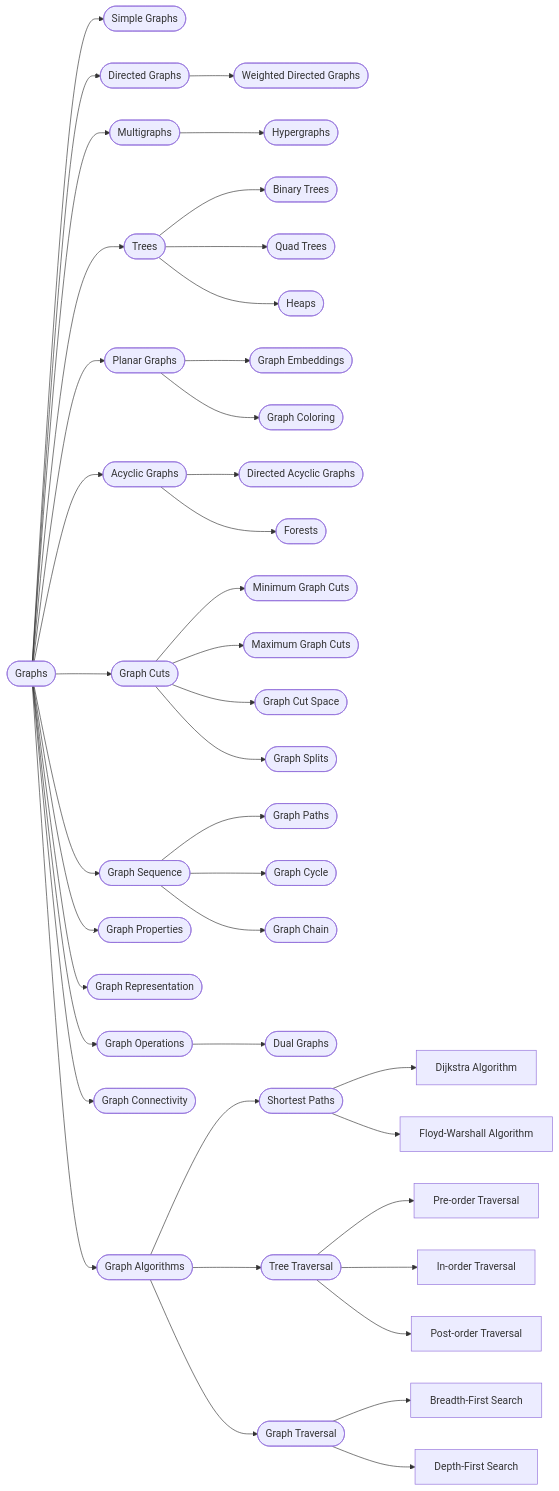
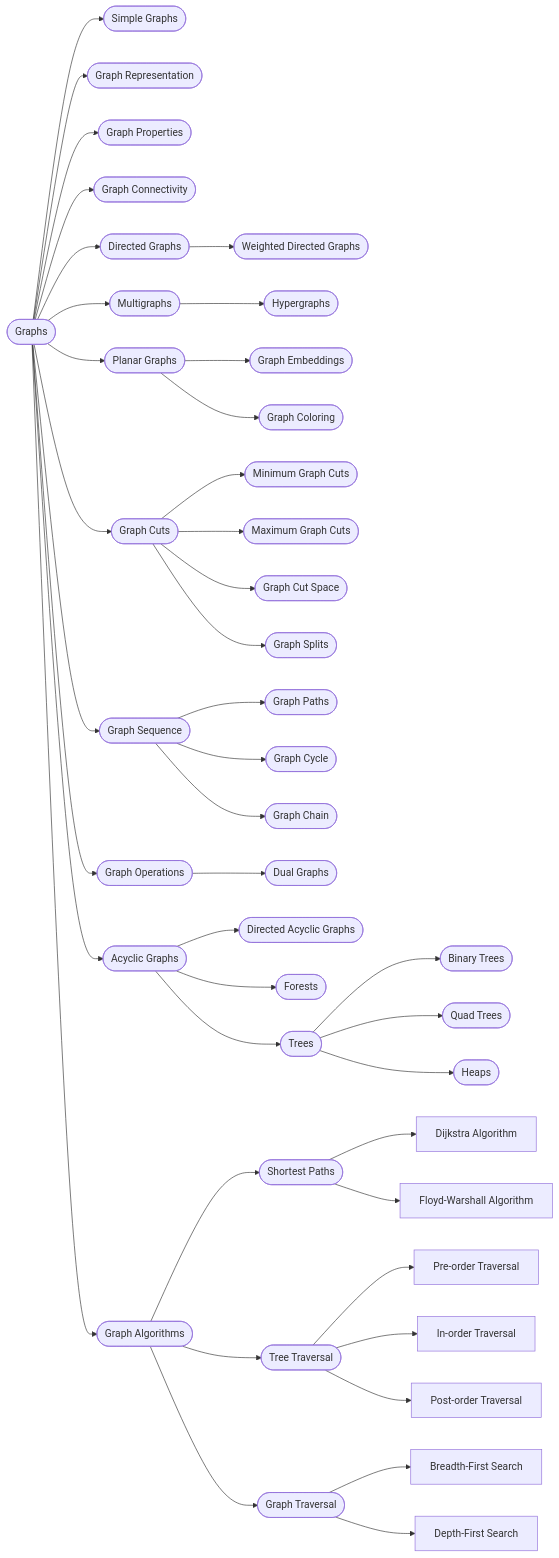
One commit to qaip/gt changed the first of 2 diagrams in README.md. Above: the diagram before and after it, drawn with Mermaid.

Commit message:
Update hierarchy

````diff
--- a/README.md
+++ b/README.md
@@ -3,56 +3,58 @@
 ```mermaid
 graph LR;
   Graphs([Graphs])
   Graphs --> Simple_Graphs([Simple Graphs])
+  Graphs --> Graph_Representation([Graph Representation])
+  Graphs --> Graph_Properties([Graph Properties])
+  Graphs --> Graph_Connectivity([Graph Connectivity])
+  
+  
   Graphs --> Directed_Graphs([Directed Graphs])
-  Graphs --> Multigraphs([Multigraphs])
-  Graphs --> Trees([Trees])
-  Graphs --> Planar_Graphs([Planar Graphs])
-  Graphs --> Acyclic_Graphs([Acyclic Graphs])
-  Graphs --> Graph_Cuts([Graph Cuts])
-  Graphs --> Graph_Sequence([Graph Sequence])
-  Graphs --> Graph_Properties([Graph Properties])
-  Graphs --> Graph_Representation([Graph Representation])
-  Graphs --> Graph_Operations([Graph Operations])
-  Graphs --> Graph_Connectivity([Graph Connectivity])
-  Graphs --> Graph_Algorithms([Graph Algorithms])
-
   Directed_Graphs --> Weighted_Directed_Graphs([Weighted Directed Graphs])
 
+  Graphs --> Multigraphs([Multigraphs])
   Multigraphs --> Hypergraphs([Hypergraphs])
 
+
+  Graphs --> Planar_Graphs([Planar Graphs])
+  Planar_Graphs --> Graph_Embeddings([Graph Embeddings])
+  Planar_Graphs --> Graph_Coloring([Graph Coloring])
+
+  Graphs --> Graph_Cuts([Graph Cuts])
+  Graph_Cuts --> Minimum_Graph_Cuts([Minimum Graph Cuts])
+  Graph_Cuts --> Maximum_Graph_Cuts([Maximum Graph Cuts])
+  Graph_Cuts --> Graph_Cut_Space([Graph Cut Space])
+  Graph_Cuts --> Graph_Splits([Graph Splits])
+  
+  Graphs --> Graph_Sequence([Graph Sequence])
+  Graph_Sequence --> Graph_Paths([Graph Paths])
+  Graph_Sequence --> Graph_Cycle([Graph Cycle])
+  Graph_Sequence --> Graph_Chain([Graph Chain])
+  
+  Graphs --> Graph_Operations([Graph Operations])
+  Graph_Operations --> Dual_Graphs([Dual Graphs])
+  
+  Graphs --> Acyclic_Graphs([Acyclic Graphs])
+  Acyclic_Graphs --> Directed_Acyclic_Graphs([Directed Acyclic Graphs])
+  Acyclic_Graphs --> Forests([Forests])
+  Acyclic_Graphs --> Trees([Trees])
+ 
   Trees --> Binary_Trees([Binary Trees])
   Trees --> Quad_Trees([Quad Trees])
   Trees --> Heaps([Heaps])
 
-  Planar_Graphs --> Graph_Embeddings([Graph Embeddings])
-  Planar_Graphs --> Graph_Coloring([Graph Coloring])
-
-  Acyclic_Graphs --> Directed_Acyclic_Graphs([Directed Acyclic Graphs])
-  Acyclic_Graphs --> Forests([Forests])
-
-  Graph_Cuts --> Minimum_Graph_Cuts([Minimum Graph Cuts])
-  Graph_Cuts --> Maximum_Graph_Cuts([Maximum Graph Cuts])
-  Graph_Cuts --> Graph_Cut_Space([Graph Cut Space])
-  Graph_Cuts --> Graph_Splits([Graph Splits])
-
-  Graph_Sequence --> Graph_Paths([Graph Paths])
-  Graph_Sequence --> Graph_Cycle([Graph Cycle])
-  Graph_Sequence --> Graph_Chain([Graph Chain])
-
-  Graph_Operations --> Dual_Graphs([Dual Graphs])
-
+  Graphs --> Graph_Algorithms([Graph Algorithms])
   Graph_Algorithms --> Shortest_Paths([Shortest Paths])
   Graph_Algorithms --> Tree_Traversal([Tree Traversal])
   Graph_Algorithms --> Graph_Traversal([Graph Traversal])
 
   Shortest_Paths --> Dijkstra_Algorithm[Dijkstra Algorithm]
   Shortest_Paths --> Floyd_Warshall_Algorithm[Floyd-Warshall Algorithm]
 
   Tree_Traversal --> Pre_order_Traversal[Pre-order Traversal]
   Tree_Traversal --> In_order_Traversal[In-order Traversal]
   Tree_Traversal --> Post_order_Traversal[Post-order Traversal]
 
   Graph_Traversal --> Breadth_First_Search[Breadth-First Search]
   Graph_Traversal --> Depth_First_Search[Depth-First Search]
 ```
````
